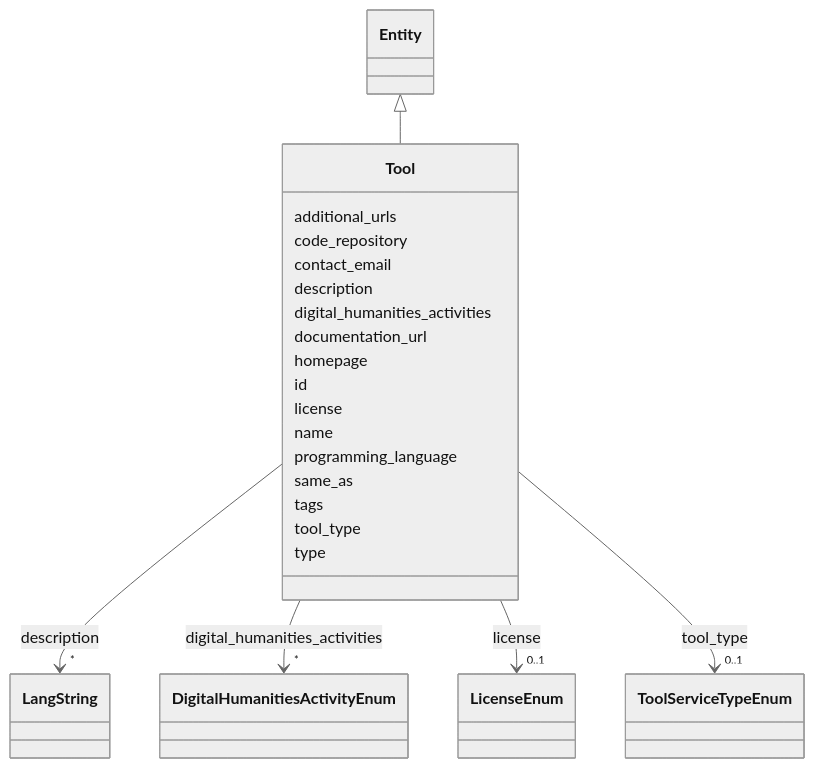
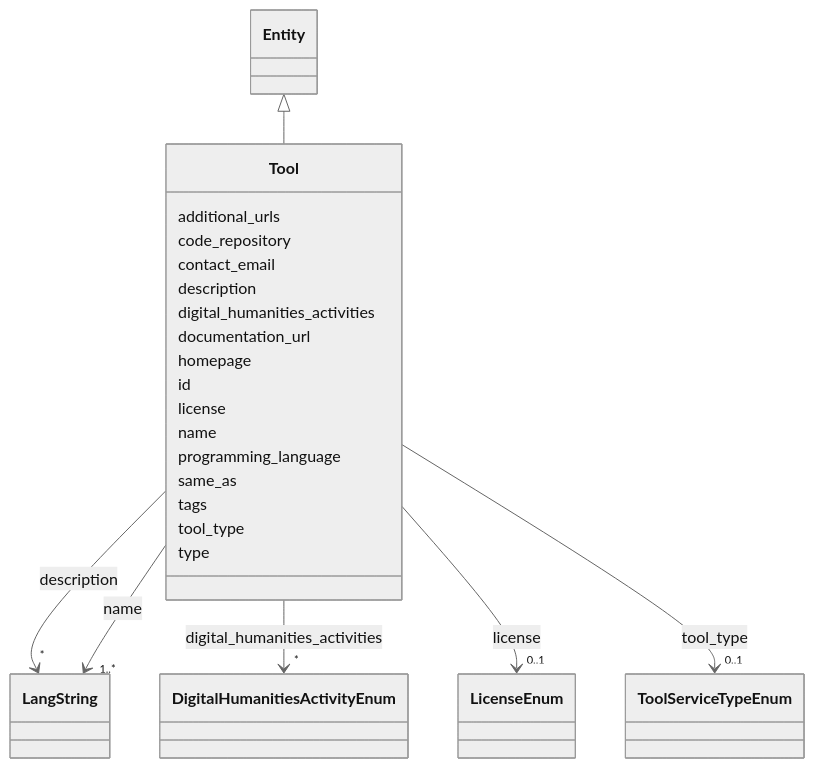
The diagram in docs/classes/Tool.md (DARIAH-IL/idhi-manifests), drawn with Mermaid (neutral theme) before and after one commit. The commit also changed other lines of this file and 20 other files, not shown here.

```diff
--- a/docs/classes/Tool.md
+++ b/docs/classes/Tool.md
@@ -81,6 +81,17 @@
         
       Tool : name
         
+          
+    
+        
+        
+        Tool --> "1..*" LangString : name
+        
+        click LangString href "../../classes/LangString/"
+        
+    
+
+        
       Tool : programming_language
         
       Tool : same_as
```
